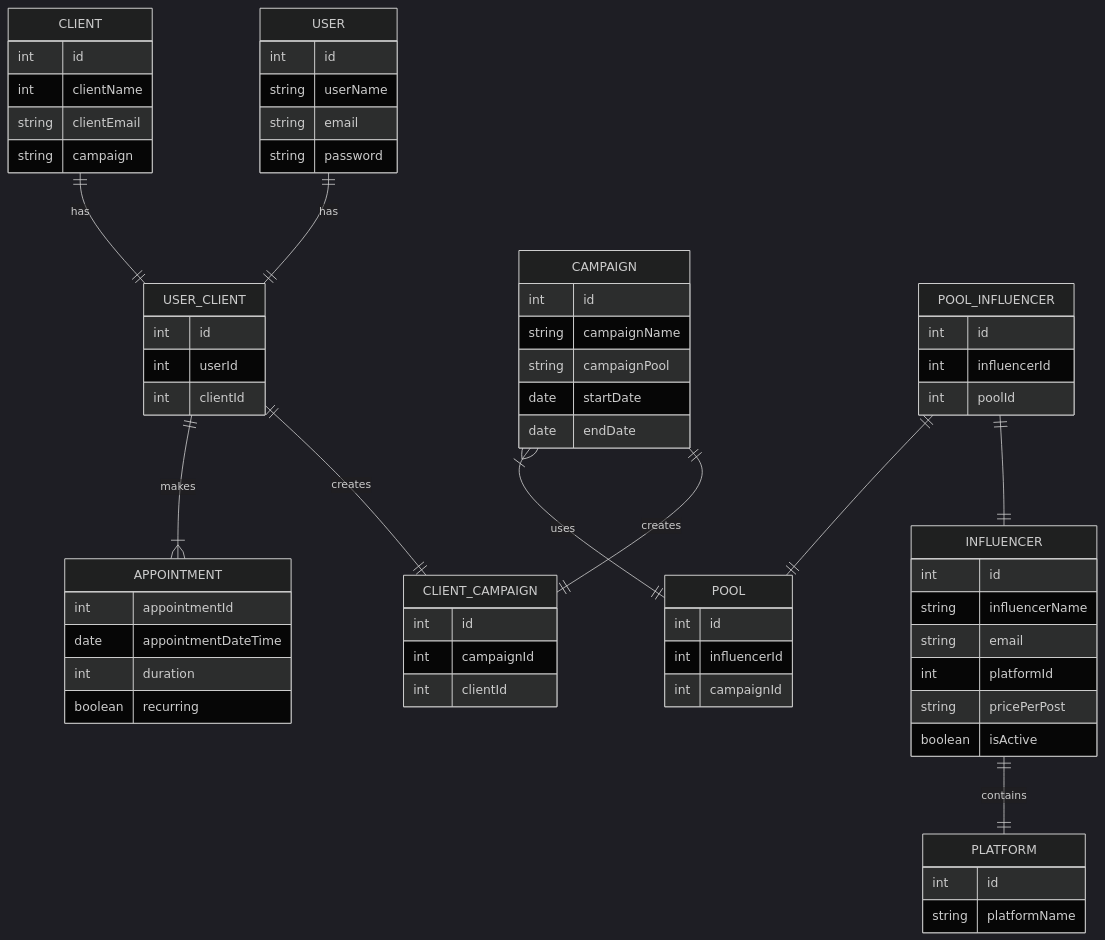
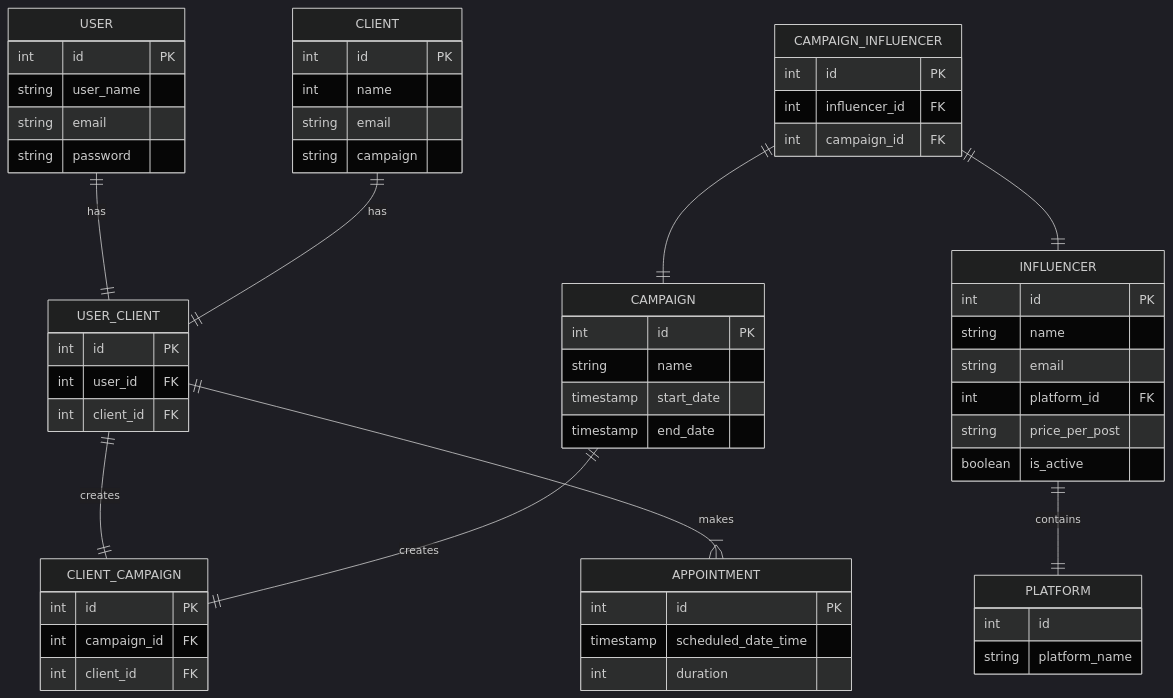
The second of 2 diagrams in README.md (ConorPMullan/swim-marketing), drawn with Mermaid before and after one commit. The commit also changed other lines of this file, not shown here.

````diff
--- a/README.md
+++ b/README.md
@@ -53,72 +52,64 @@
 ``` mermaid
 %%{init: {'theme': 'dark' } }%%
 
 erDiagram
     USER {
-        int id
-        string userName
+        int id PK
+        string user_name
         string email
         string password
     }
     USER_CLIENT {
-        int id
-        int userId
-        int clientId
+        int id PK
+        int user_id FK
+        int client_id FK
     }
     CLIENT {
-        int id
-        int clientName
-        string clientEmail
+        int id PK
+        int name
+        string email
         string campaign
     }
     CLIENT_CAMPAIGN {
-        int id
-        int campaignId
-        int clientId
+        int id PK
+        int campaign_id FK
+        int client_id FK
     }
     CAMPAIGN {
-        int id
-        string campaignName
-        string campaignPool
-        date startDate
-        date endDate
+        int id PK
+        string name
+        timestamp start_date
+        timestamp end_date
     }
-    POOL {
-        int id
-        int influencerId
-        int campaignId
-    }
-    POOL_INFLUENCER {
-        int id
-        int influencerId
-        int poolId
+    CAMPAIGN_INFLUENCER {
+        int id PK
+        int influencer_id FK
+        int campaign_id FK
     }
     INFLUENCER {
-        int id
-        string influencerName
+        int id PK
+        string name
         string email
-        int platformId
-        string pricePerPost
-        boolean isActive
+        int platform_id FK
+        string price_per_post
+        boolean is_active
     }
     PLATFORM {
         int id
-        string platformName
+        string platform_name
     }
     APPOINTMENT {
-        int appointmentId
-        date appointmentDateTime
+        int id PK
+        timestamp scheduled_date_time
         int duration
-        boolean recurring
     }
     USER ||--|| USER_CLIENT: "has"
     CLIENT ||--|| USER_CLIENT: "has"
     USER_CLIENT ||--|| CLIENT_CAMPAIGN : "creates"
     CAMPAIGN ||--|| CLIENT_CAMPAIGN : "creates"
     USER_CLIENT ||--|{ APPOINTMENT : "makes"
-    CAMPAIGN }|--|| POOL : "uses"
-    POOL_INFLUENCER ||--|| INFLUENCER : ""
-    POOL_INFLUENCER ||--|| POOL : ""
+    CAMPAIGN_INFLUENCER ||--|| CAMPAIGN : ""
+    CAMPAIGN_INFLUENCER ||--|| INFLUENCER : ""
     INFLUENCER ||--|| PLATFORM : "contains"
 
 ```
````
